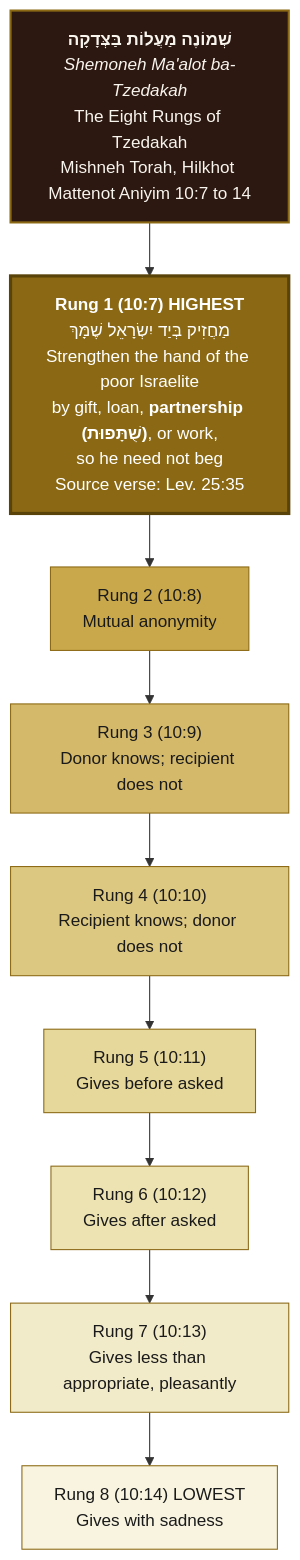
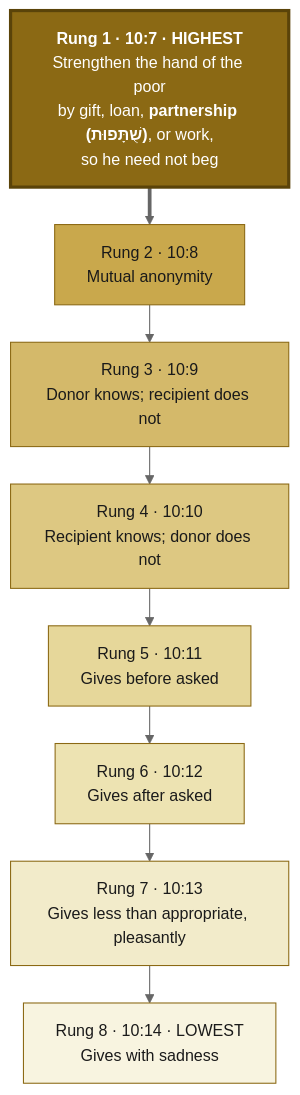
One commit to Oranburg/LEP changed the sixth of 8 diagrams in _pages/lineage.md. Above: the diagram before and after it, drawn with Mermaid. The commit also changed other lines of this file and 6 other files, not shown here.

```diff
--- a/_pages/lineage.md
+++ b/_pages/lineage.md
@@ -80,23 +103,21 @@
 <div class="mermaid" markdown="0">
+%%{init: {'theme':'neutral','flowchart':{'curve':'basis','nodeSpacing':30,'rankSpacing':35},'themeVariables':{'fontSize':'15px','fontFamily':'Georgia, serif'}}}%%
 graph TD
-    TITLE["<b>שְׁמוֹנֶה מַעֲלוֹת בַּצְּדָקָה</b><br/><i>Shemoneh Ma'alot ba-Tzedakah</i><br/>The Eight Rungs of Tzedakah<br/>Mishneh Torah, Hilkhot Mattenot Aniyim 10:7 to 14"]
-    R1["<b>Rung 1 (10:7) HIGHEST</b><br/>מַחֲזִיק בְּיַד יִשְׂרָאֵל שֶׁמָּךְ<br/>Strengthen the hand of the poor Israelite<br/>by gift, loan, <b>partnership (שֻׁתָּפוּת)</b>, or work,<br/>so he need not beg<br/>Source verse: Lev. 25:35"]
-    R2["Rung 2 (10:8)<br/>Mutual anonymity"]
-    R3["Rung 3 (10:9)<br/>Donor knows; recipient does not"]
-    R4["Rung 4 (10:10)<br/>Recipient knows; donor does not"]
-    R5["Rung 5 (10:11)<br/>Gives before asked"]
-    R6["Rung 6 (10:12)<br/>Gives after asked"]
-    R7["Rung 7 (10:13)<br/>Gives less than appropriate, pleasantly"]
-    R8["Rung 8 (10:14) LOWEST<br/>Gives with sadness"]
-    TITLE --> R1
-    R1 --> R2 --> R3 --> R4 --> R5 --> R6 --> R7 --> R8
-    style TITLE fill:#2c1810,color:#f8f4ee,stroke:#8B6914,stroke-width:2px
+    R1["<b>Rung 1 · 10:7 · HIGHEST</b><br/>Strengthen the hand of the poor<br/>by gift, loan, <b>partnership (שֻׁתָּפוּת)</b>, or work,<br/>so he need not beg"]
+    R2["Rung 2 · 10:8<br/>Mutual anonymity"]
+    R3["Rung 3 · 10:9<br/>Donor knows; recipient does not"]
+    R4["Rung 4 · 10:10<br/>Recipient knows; donor does not"]
+    R5["Rung 5 · 10:11<br/>Gives before asked"]
+    R6["Rung 6 · 10:12<br/>Gives after asked"]
+    R7["Rung 7 · 10:13<br/>Gives less than appropriate, pleasantly"]
+    R8["Rung 8 · 10:14 · LOWEST<br/>Gives with sadness"]
+    R1 ==> R2 --> R3 --> R4 --> R5 --> R6 --> R7 --> R8
     style R1 fill:#8B6914,color:#ffffff,stroke:#5a4309,stroke-width:3px
     style R2 fill:#c9a84c,color:#1a1a1a,stroke:#8B6914
     style R3 fill:#d4b96a,color:#1a1a1a,stroke:#8B6914
     style R4 fill:#ddc882,color:#1a1a1a,stroke:#8B6914
     style R5 fill:#e6d79a,color:#1a1a1a,stroke:#8B6914
     style R6 fill:#ede3b2,color:#1a1a1a,stroke:#8B6914
     style R7 fill:#f2ebca,color:#1a1a1a,stroke:#8B6914
     style R8 fill:#f8f4e0,color:#1a1a1a,stroke:#8B6914
 </div>
```
